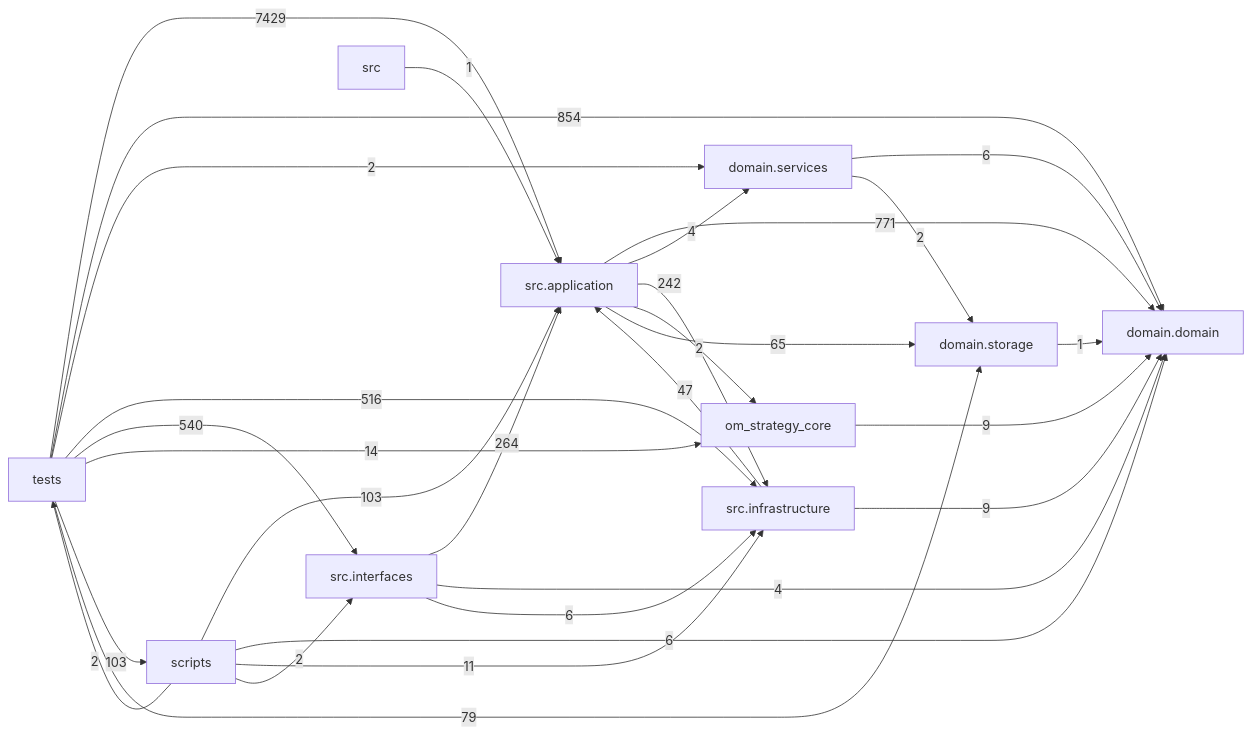
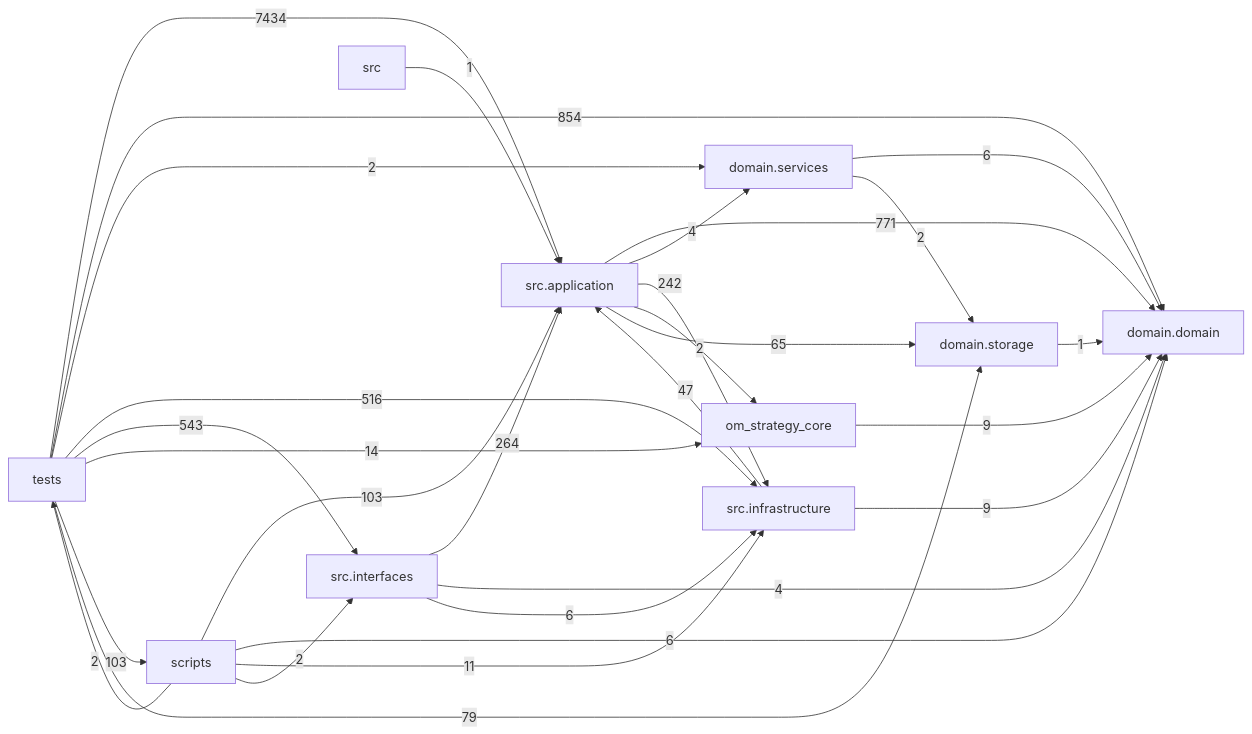
One commit to liuxie066/options-monitor changed the diagram in docs/DEPENDENCY_GRAPH.md. Above: the diagram before and after it, drawn with Mermaid. The commit also changed other lines of this file and 33 other files, not shown here.

````diff
--- a/docs/DEPENDENCY_GRAPH.md
+++ b/docs/DEPENDENCY_GRAPH.md
@@ -24,39 +24,39 @@
 ```mermaid
 flowchart LR
   tests["tests"]
   scripts["scripts"]
   interfaces["src.interfaces"]
   application["src.application"]
   infrastructure["src.infrastructure"]
   domain_services["domain.services"]
   domain["domain.domain"]
   storage["domain.storage"]
   application -->|771| domain
   application -->|4| domain_services
   application -->|242| infrastructure
   application -->|2| om_strategy_core
   application -->|65| storage
   domain_services -->|6| domain
   domain_services -->|2| storage
   infrastructure -->|47| application
   infrastructure -->|9| domain
   interfaces -->|264| application
   interfaces -->|4| domain
   interfaces -->|6| infrastructure
   om_strategy_core -->|9| domain
   scripts -->|103| application
   scripts -->|6| domain
   scripts -->|11| infrastructure
   scripts -->|2| interfaces
   scripts -->|2| tests
   src -->|1| application
   storage -->|1| domain
-  tests -->|7429| application
+  tests -->|7434| application
   tests -->|854| domain
   tests -->|2| domain_services
   tests -->|516| infrastructure
-  tests -->|540| interfaces
+  tests -->|543| interfaces
   tests -->|14| om_strategy_core
   tests -->|103| scripts
   tests -->|79| storage
 ```
````
